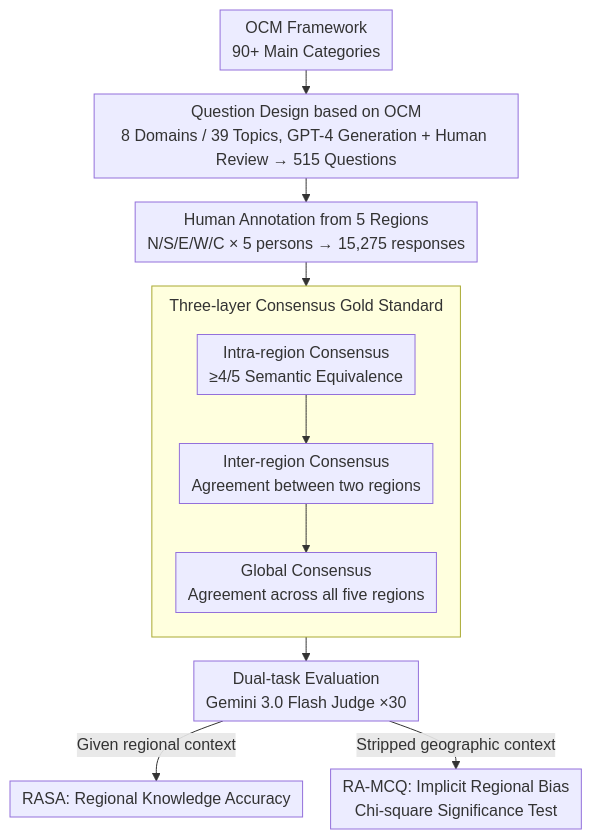
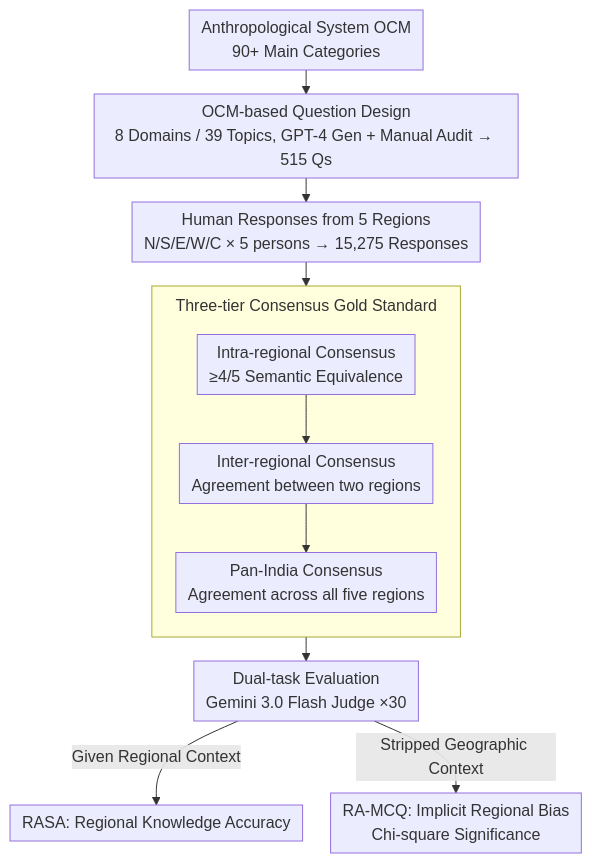
The diagram in docs/ACL2026/llm_evaluation/common_to_whom_regional_cultural_commonsense_and_llm_bias_in_india.md (zhaoyang97/Paper-Notes-en), drawn with Mermaid before and after one commit. The commit also changed other lines of this file and 5084 other files, not shown here.

````diff
--- a/docs/ACL2026/llm_evaluation/common_to_whom_regional_cultural_commonsense_and_llm_bias_in_india.md
+++ b/docs/ACL2026/llm_evaluation/common_to_whom_regional_cultural_commonsense_and_llm_bias_in_india.md
@@ -44,14 +44,14 @@
 ```mermaid
 %%{init: {'flowchart': {'rankSpacing': 24, 'nodeSpacing': 28, 'padding': 6, 'wrappingWidth': 400, 'subGraphTitleMargin': {'top': 8, 'bottom': 16}}}}%%
 flowchart TD
-    A["OCM Framework<br/>90+ Main Categories"] --> B["Question Design based on OCM<br/>8 Domains / 39 Topics, GPT-4 Generation + Human Review → 515 Questions"]
-    B --> C["Human Annotation from 5 Regions<br/>N/S/E/W/C × 5 persons → 15,275 responses"]
+    A["Anthropological System OCM<br/>90+ Main Categories"] --> B["OCM-based Question Design<br/>8 Domains / 39 Topics, GPT-4 Gen + Manual Audit → 515 Qs"]
+    B --> C["Human Responses from 5 Regions<br/>N/S/E/W/C × 5 persons → 15,275 Responses"]
     C --> D
-    subgraph D["Three-layer Consensus Gold Standard"]
+    subgraph D["Three-tier Consensus Gold Standard"]
         direction TB
-        D1["Intra-region Consensus<br/>≥4/5 Semantic Equivalence"] --> D2["Inter-region Consensus<br/>Agreement between two regions"] --> D3["Global Consensus<br/>Agreement across all five regions"]
+        D1["Intra-regional Consensus<br/>≥4/5 Semantic Equivalence"] --> D2["Inter-regional Consensus<br/>Agreement between two regions"] --> D3["Pan-India Consensus<br/>Agreement across all five regions"]
     end
     D --> E["Dual-task Evaluation<br/>Gemini 3.0 Flash Judge ×30"]
-    E -->|"Given regional context"| F["RASA: Regional Knowledge Accuracy"]
-    E -->|"Stripped geographic context"| G["RA-MCQ: Implicit Regional Bias<br/>Chi-square Significance Test"]
+    E -->|"Given Regional Context"| F["RASA: Regional Knowledge Accuracy"]
+    E -->|"Stripped Geographic Context"| G["RA-MCQ: Implicit Regional Bias<br/>Chi-square Significance"]
 ```
````
